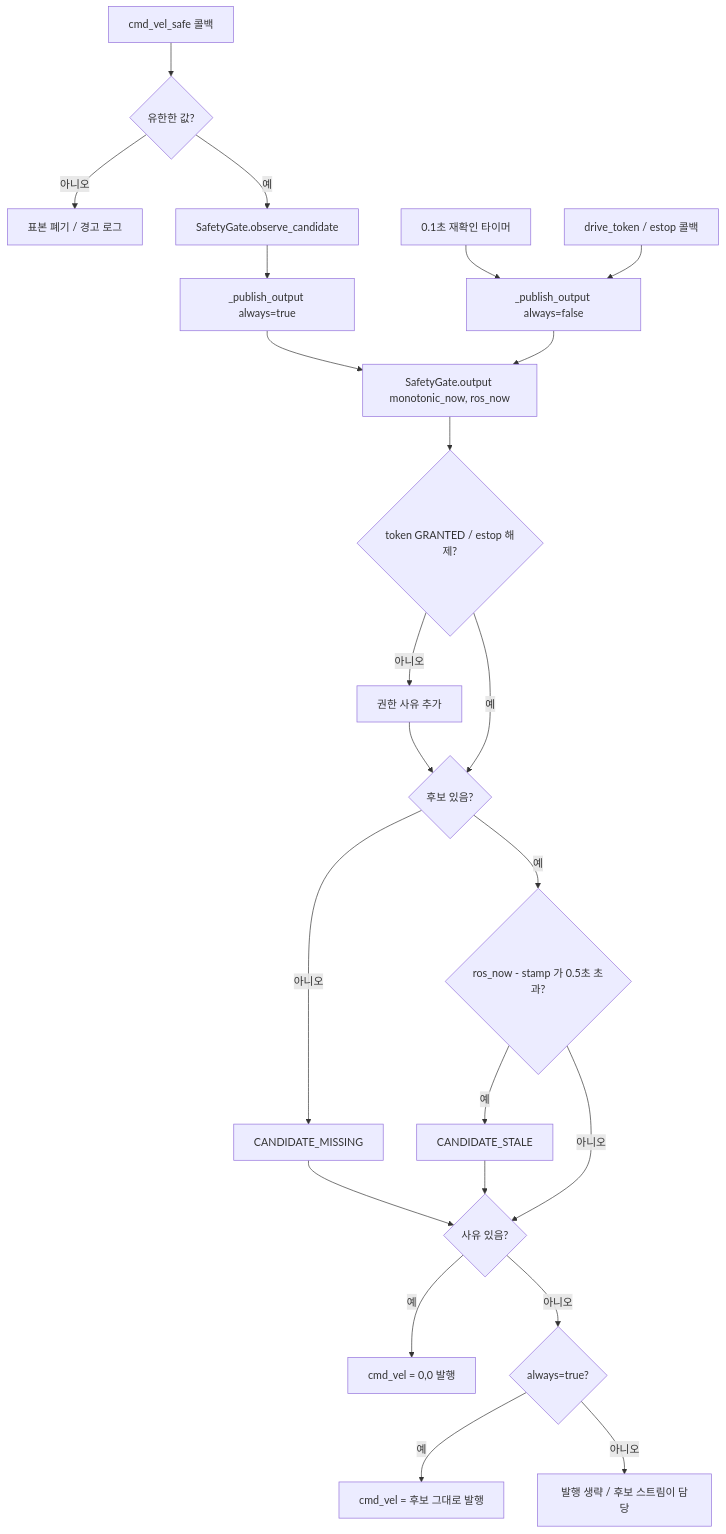
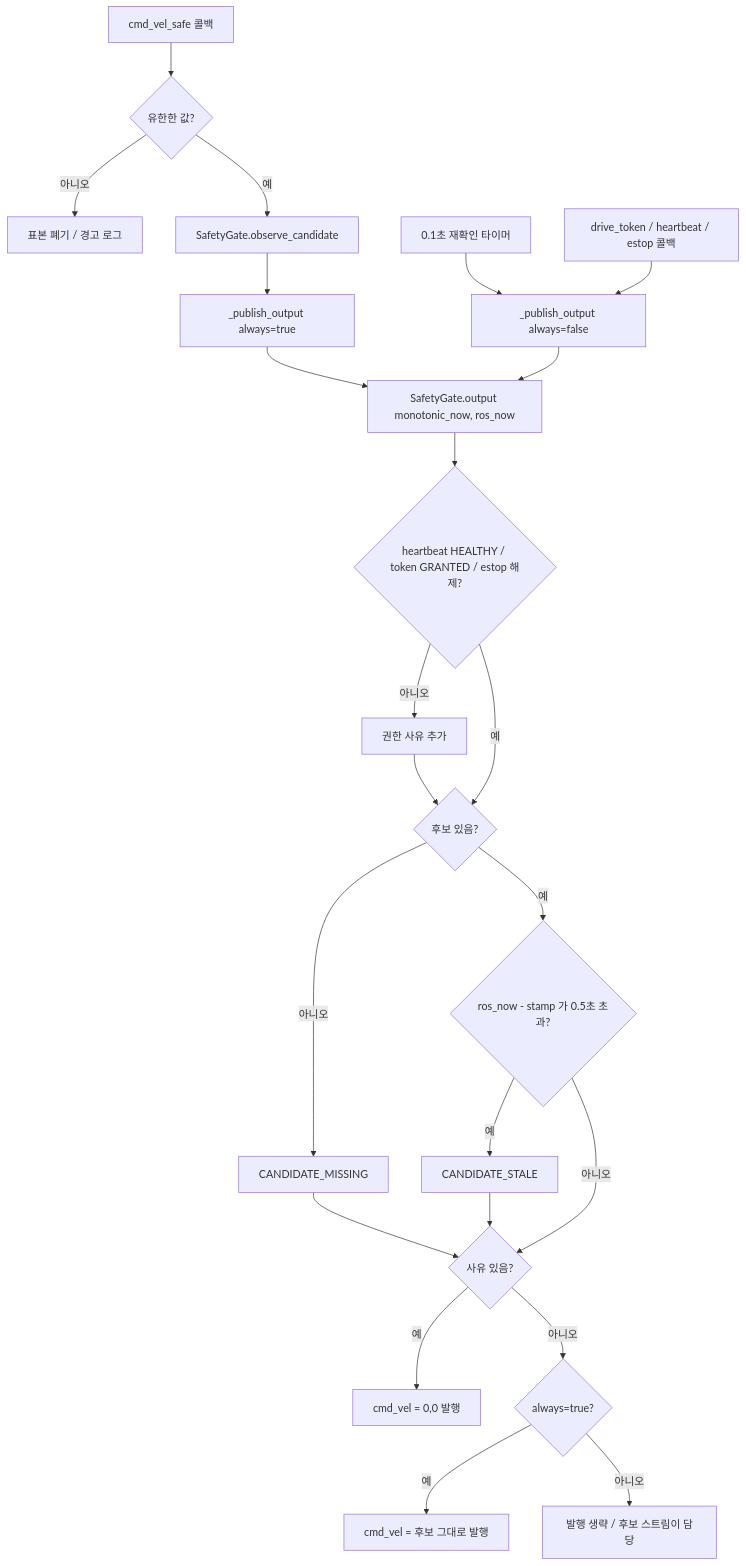
One commit to suuuhululu/patrol changed the ninth of 20 diagrams in docs/amr.md. Above: the diagram before and after it, drawn with Mermaid. The commit also changed other lines of this file and 42 other files, not shown here.

```diff
--- a/docs/amr.md
+++ b/docs/amr.md
@@ -409,25 +402,25 @@
 ~~~mermaid
 flowchart TD
     CAND[cmd_vel_safe 콜백] --> FIN{유한한 값?}
     FIN -->|아니오| DROP[표본 폐기 / 경고 로그]
     FIN -->|예| OC[SafetyGate.observe_candidate]
     OC --> PO[_publish_output always=true]
     TIMER2[0.1초 재확인 타이머] --> PO2[_publish_output always=false]
-    DT2[drive_token / estop 콜백] --> PO2
+    DT2[drive_token / heartbeat / estop 콜백] --> PO2
     PO --> EV[SafetyGate.output monotonic_now, ros_now]
     PO2 --> EV
-    EV --> GA{token GRANTED / estop 해제?}
+    EV --> GA{heartbeat HEALTHY / token GRANTED / estop 해제?}
     GA -->|아니오| RS[권한 사유 추가]
     GA -->|예| CA
     RS --> CA{후보 있음?}
     CA -->|아니오| RM[CANDIDATE_MISSING]
     CA -->|예| AG{ros_now - stamp 가 0.5초 초과?}
     AG -->|예| RT[CANDIDATE_STALE]
     AG -->|아니오| DEC
     RM --> DEC{사유 있음?}
     RT --> DEC
     DEC -->|예| STOPV[cmd_vel = 0,0 발행]
     DEC -->|아니오| PASSV{always=true?}
     PASSV -->|예| SEND[cmd_vel = 후보 그대로 발행]
     PASSV -->|아니오| SKIPV[발행 생략 / 후보 스트림이 담당]
 ~~~
```
